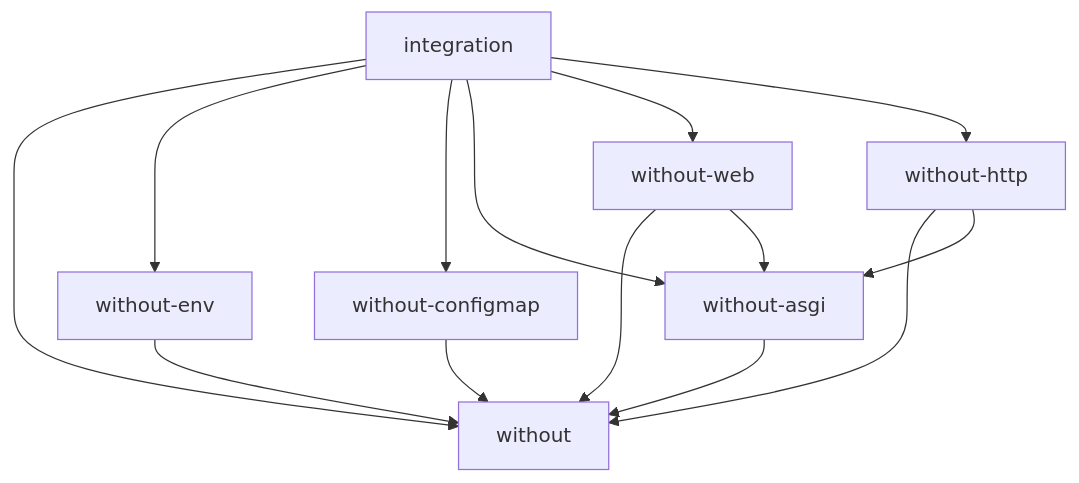
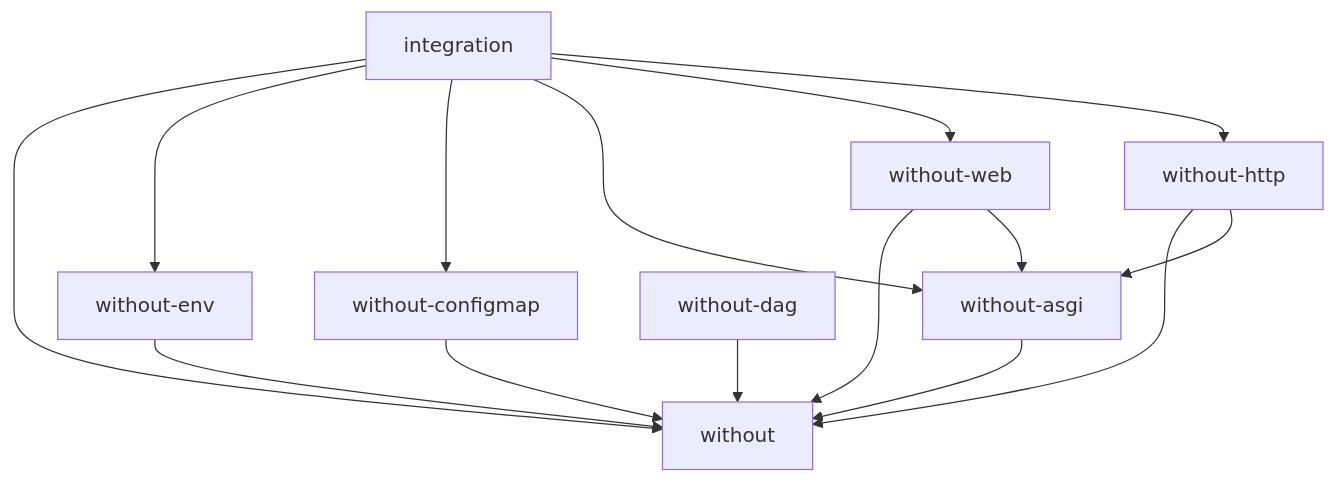
One commit to JoshKarpel/without changed the diagram in README.md. Above: the diagram before and after it, drawn with Mermaid. The commit also changed other lines of this file and 36 other files, not shown here.

````diff
--- a/README.md
+++ b/README.md
@@ -49,16 +53,17 @@
 ```mermaid
 graph TD
     without_env[without-env] --> without
     without_configmap[without-configmap] --> without
     without_asgi[without-asgi] --> without
     without_web[without-web] --> without
     without_web --> without_asgi
     without_http[without-http] --> without
     without_http --> without_asgi
+    without_dag[without-dag] --> without
     integration --> without
     integration --> without_env
     integration --> without_configmap
     integration --> without_asgi
     integration --> without_web
     integration --> without_http
 ```
````
